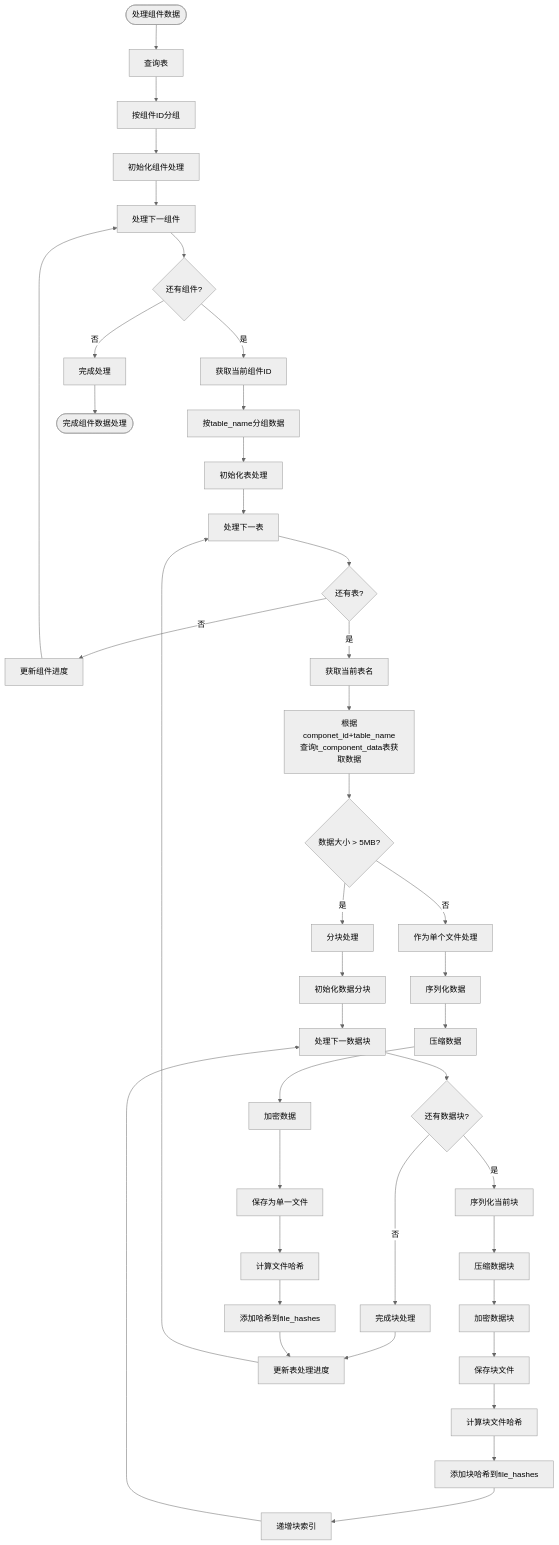
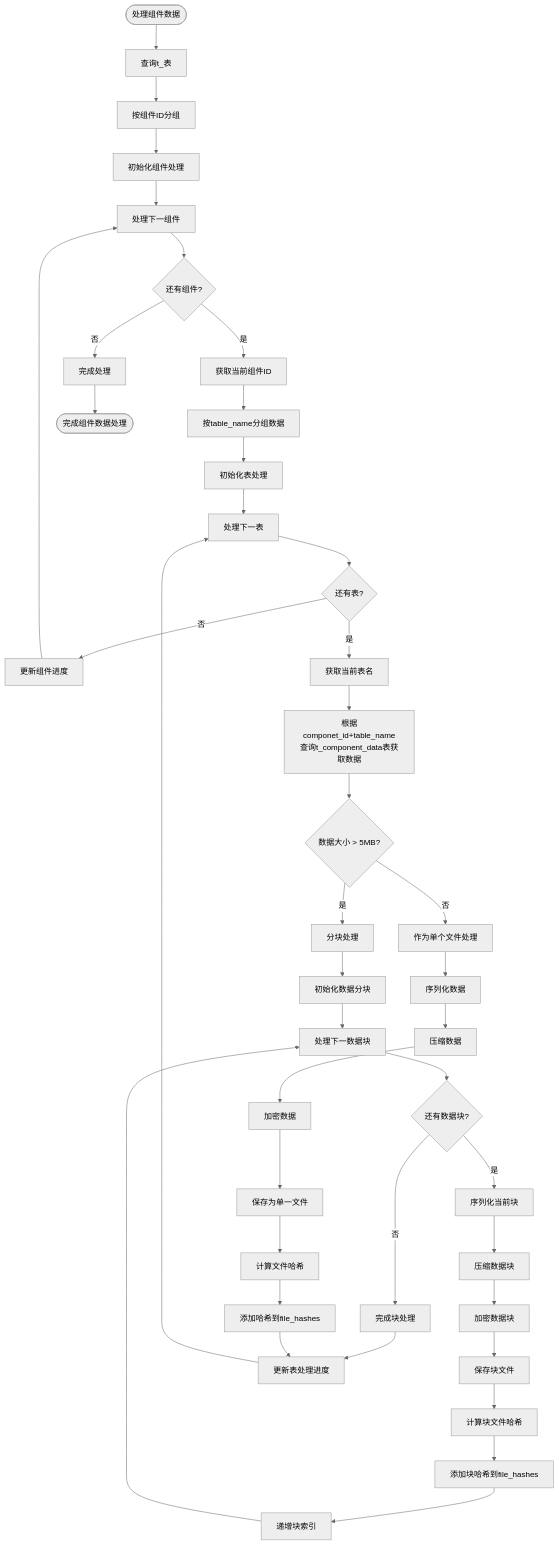
The diagram in all/未命名-56.md (yingjianzh/iodraw-files), drawn with Mermaid (neutral theme) before and after one commit.

Commit message:
2025-05-12 14:21:25 update

````diff
--- a/all/未命名-56.md
+++ b/all/未命名-56.md
@@ -1,57 +1,57 @@
 ```mermaid
 
 flowchart TD
-    Start([处理组件数据]) --> QueryDB[查询表]
+    Start([处理组件数据]) --> QueryDB[查询t_表]
     QueryDB --> GroupByComp[按组件ID分组]
     GroupByComp --> InitCompProcess[初始化组件处理]
     
     InitCompProcess --> ProcessNextComp[处理下一组件]
     ProcessNextComp --> MoreComps{还有组件?}
     MoreComps -->|否| CompleteProcess[完成处理]
     MoreComps -->|是| GetCompID[获取当前组件ID]
     
     GetCompID --> GroupByTable[按table_name分组数据]
     GroupByTable --> InitTableProcess[初始化表处理]
     
     InitTableProcess --> ProcessNextTable[处理下一表]
     ProcessNextTable --> MoreTables{还有表?}
     MoreTables -->|否| UpdateCompProgress[更新组件进度]
     MoreTables -->|是| GetTableName[获取当前表名]
     
     UpdateCompProgress --> ProcessNextComp
     
     GetTableName --> QueryTableData[根据componet_id+table_name查询t_component_data表获取数据]
     QueryTableData --> DataSize{数据大小 > 5MB?}
     
     DataSize -->|否| ProcessSingleFile[作为单个文件处理]
     DataSize -->|是| ProcessMultipleChunks[分块处理]
     
     ProcessSingleFile --> SerializeData[序列化数据]
     SerializeData --> CompressData[压缩数据]
     CompressData --> EncryptData[加密数据]
     EncryptData --> SaveSingleFile[保存为单一文件]
     SaveSingleFile --> CalcFileHash[计算文件哈希]
     CalcFileHash --> AddToFileHashes[添加哈希到file_hashes]
 
     ProcessMultipleChunks --> InitChunks[初始化数据分块]
     InitChunks --> ProcessNextChunk[处理下一数据块]
     
     ProcessNextChunk --> MoreChunks{还有数据块?}
     MoreChunks -->|否| CompleteChunks[完成块处理]
     MoreChunks -->|是| SerializeChunk[序列化当前块]
     
     SerializeChunk --> CompressChunk[压缩数据块]
     CompressChunk --> EncryptChunk[加密数据块]
     EncryptChunk --> SaveChunkFile[保存块文件]
     SaveChunkFile --> CalcChunkHash[计算块文件哈希]
     CalcChunkHash --> AddChunkHash[添加块哈希到file_hashes]
     AddChunkHash --> IncrementChunkIndex[递增块索引]
     IncrementChunkIndex --> ProcessNextChunk
     
     CompleteChunks --> UpdateTableProgress[更新表处理进度]
     AddToFileHashes --> UpdateTableProgress
     UpdateTableProgress --> ProcessNextTable
     
     CompleteProcess --> End([完成组件数据处理])
 
 ```
````
